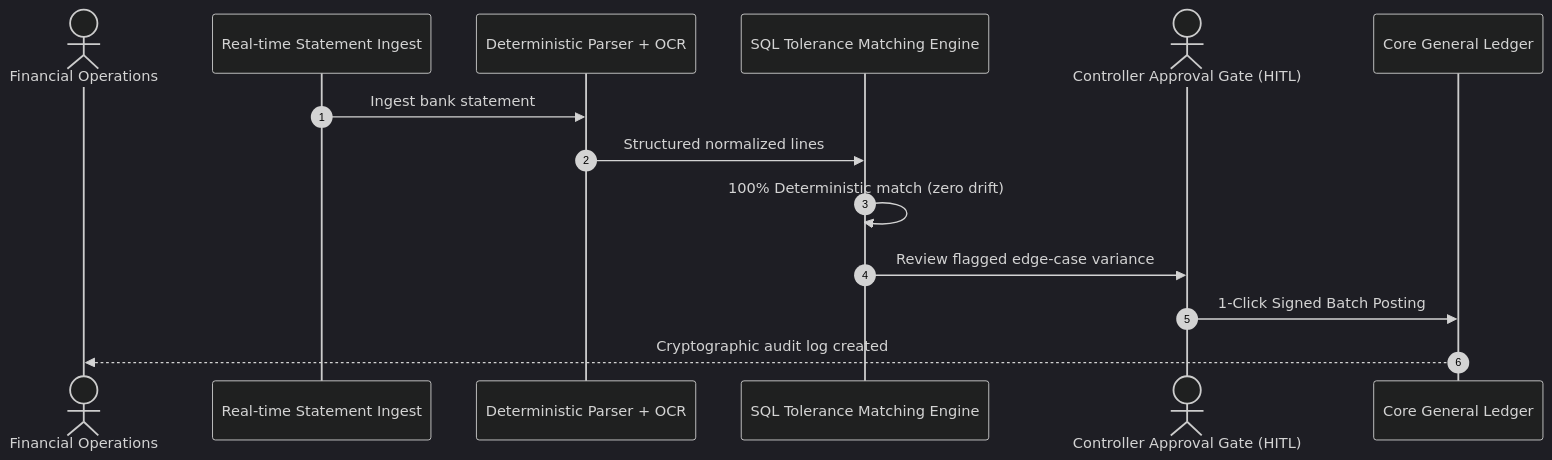
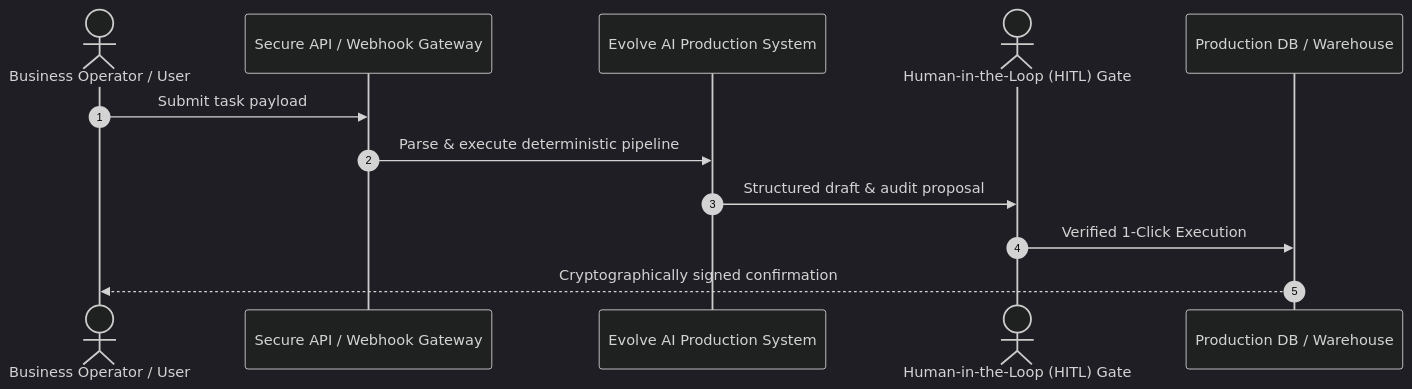
The diagram in docs/WORKFLOW_TOPOLOGY.md (EvolveMinds/codeforge-ai-vscode), drawn with Mermaid (dark theme) before and after one commit. The commit also changed 19 other files, not shown here.

````diff
--- a/docs/WORKFLOW_TOPOLOGY.md
+++ b/docs/WORKFLOW_TOPOLOGY.md
@@ -3,17 +3,15 @@
 ```mermaid
 sequenceDiagram
     autonumber
-    actor FinOps as Financial Operations
-    participant Hook as Real-time Statement Ingest
-    participant Parser as Deterministic Parser + OCR
-    participant Matcher as SQL Tolerance Matching Engine
-    actor Human as Controller Approval Gate (HITL)
-    participant ERP as Core General Ledger
+    actor Operator as Business Operator / User
+    participant Ingest as Secure API / Webhook Gateway
+    participant Agent as Evolve AI Production System
+    actor Supervisor as Human-in-the-Loop (HITL) Gate
+    participant Target as Production DB / Warehouse
     
-    Hook->>Parser: Ingest bank statement
-    Parser->>Matcher: Structured normalized lines
-    Matcher->>Matcher: 100% Deterministic match (zero drift)
-    Matcher->>Human: Review flagged edge-case variance
-    Human->>ERP: 1-Click Signed Batch Posting
-    ERP-->>FinOps: Cryptographic audit log created
+    Operator->>Ingest: Submit task payload
+    Ingest->>Agent: Parse & execute deterministic pipeline
+    Agent->>Supervisor: Structured draft & audit proposal
+    Supervisor->>Target: Verified 1-Click Execution
+    Target-->>Operator: Cryptographically signed confirmation
 ```
````
